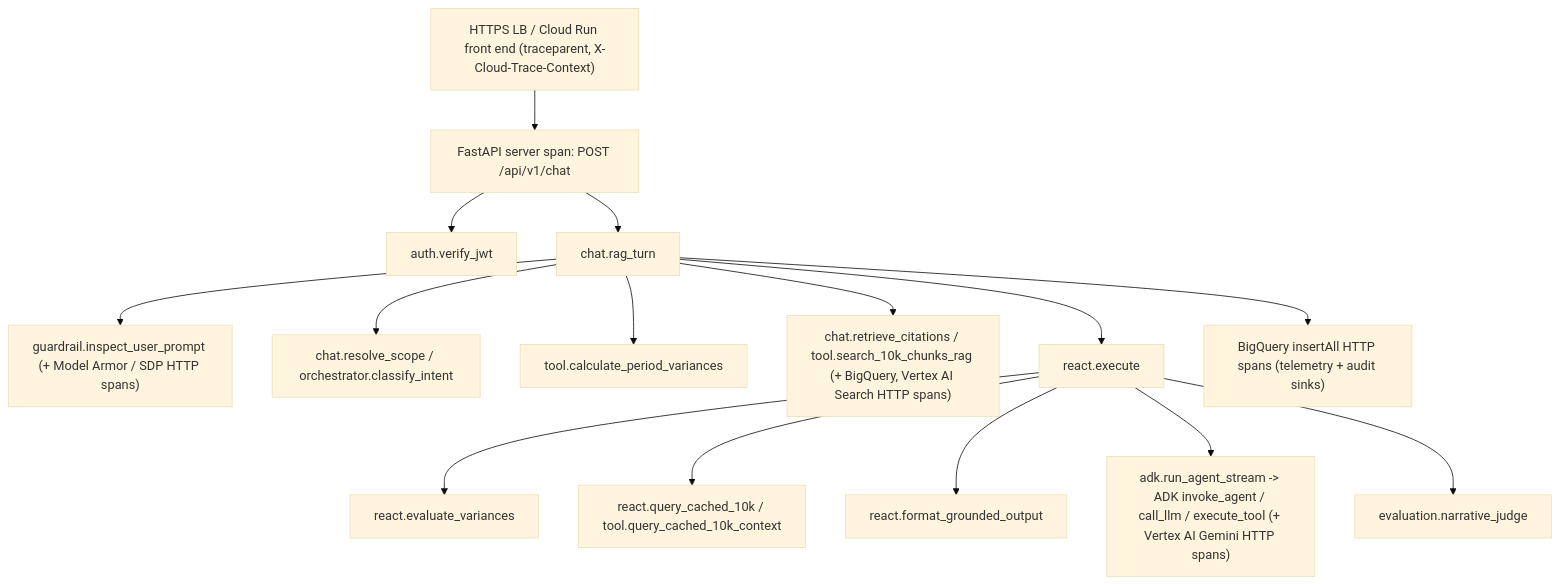
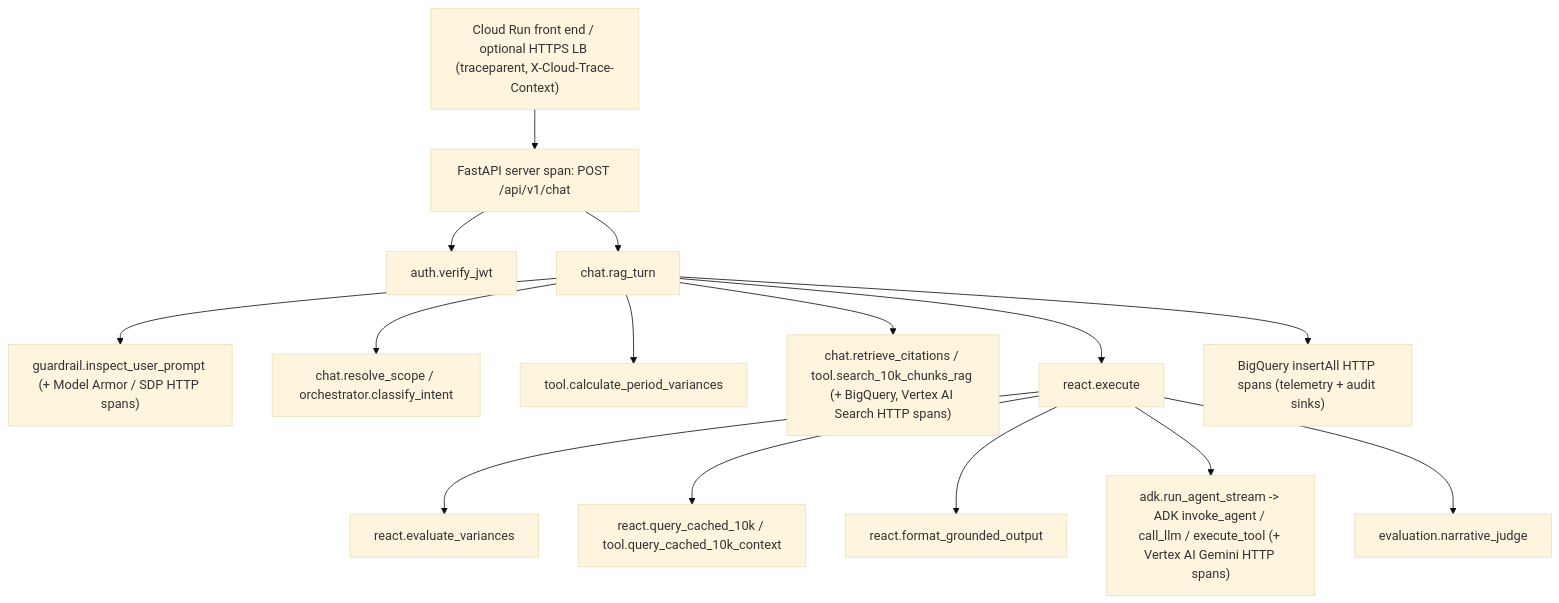
The diagram in docs/observability.md (jackbetcher-work/edgar_capstone), drawn with Mermaid (base theme) before and after one commit. The commit also changed other lines of this file and 3 other files, not shown here.

````diff
--- a/docs/observability.md
+++ b/docs/observability.md
@@ -15,17 +15,17 @@
 ```mermaid
 flowchart TD
-    LB["HTTPS LB / Cloud Run front end (traceparent, X-Cloud-Trace-Context)"] --> S["FastAPI server span: POST /api/v1/chat"]
+    LB["Cloud Run front end / optional HTTPS LB (traceparent, X-Cloud-Trace-Context)"] --> S["FastAPI server span: POST /api/v1/chat"]
     S --> A["auth.verify_jwt"]
     S --> T["chat.rag_turn"]
     T --> G["guardrail.inspect_user_prompt (+ Model Armor / SDP HTTP spans)"]
     T --> R["chat.resolve_scope / orchestrator.classify_intent"]
     T --> V["tool.calculate_period_variances"]
     T --> C["chat.retrieve_citations / tool.search_10k_chunks_rag (+ BigQuery, Vertex AI Search HTTP spans)"]
     T --> X["react.execute"]
     X --> E["react.evaluate_variances"]
     X --> Q["react.query_cached_10k / tool.query_cached_10k_context"]
     X --> F["react.format_grounded_output"]
     X --> L["adk.run_agent_stream -> ADK invoke_agent / call_llm / execute_tool (+ Vertex AI Gemini HTTP spans)"]
     X --> J["evaluation.narrative_judge"]
     T --> B["BigQuery insertAll HTTP spans (telemetry + audit sinks)"]
 ```
````
